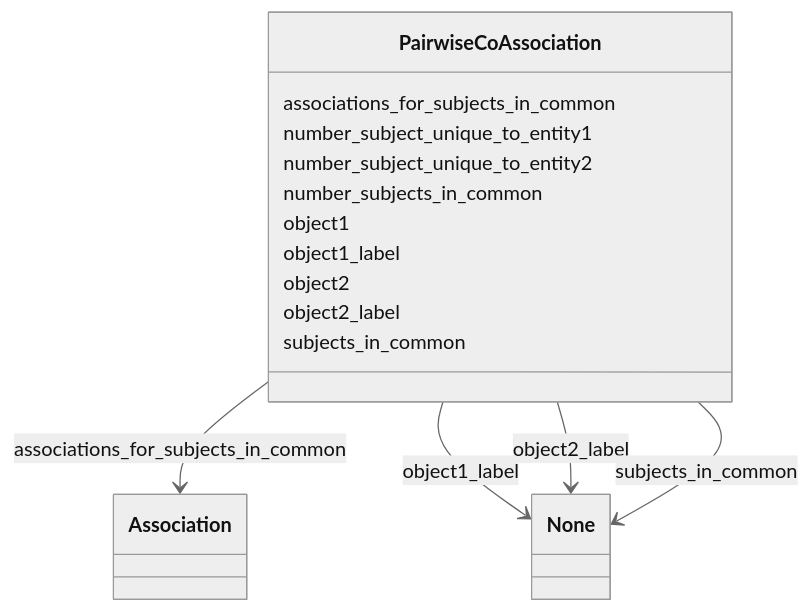
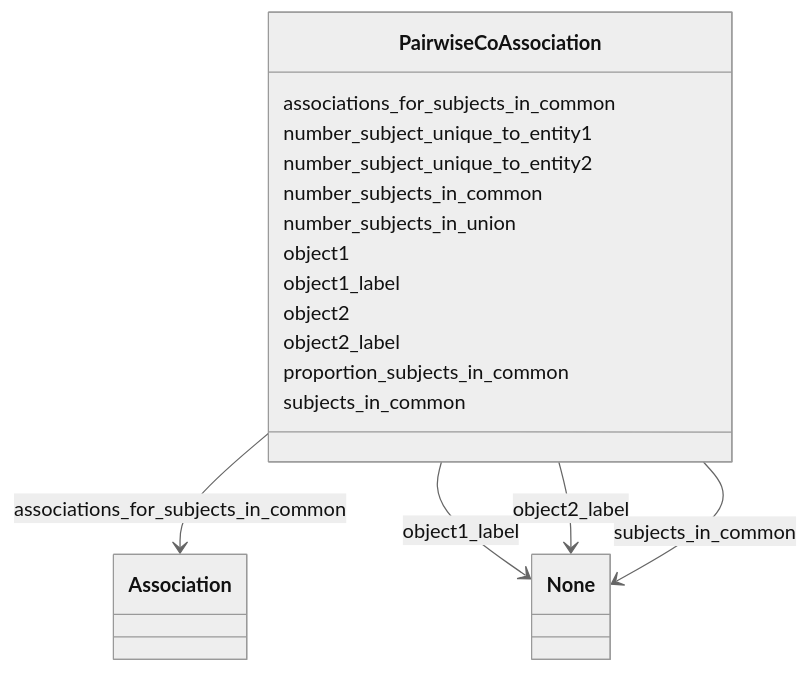
One commit to INCATools/ontology-access-kit changed the diagram in association/PairwiseCoAssociation.md. Above: the diagram before and after it, drawn with Mermaid (neutral theme). The commit also changed other lines of this file and 16 other files, not shown here.

````diff
--- a/association/PairwiseCoAssociation.md
+++ b/association/PairwiseCoAssociation.md
@@ -15,31 +15,35 @@
 ```{mermaid}
  classDiagram
     class PairwiseCoAssociation
       PairwiseCoAssociation : associations_for_subjects_in_common
         
           PairwiseCoAssociation --> Association : associations_for_subjects_in_common
         
       PairwiseCoAssociation : number_subject_unique_to_entity1
         
       PairwiseCoAssociation : number_subject_unique_to_entity2
         
       PairwiseCoAssociation : number_subjects_in_common
         
+      PairwiseCoAssociation : number_subjects_in_union
+        
       PairwiseCoAssociation : object1
         
       PairwiseCoAssociation : object1_label
         
           PairwiseCoAssociation --> None : object1_label
         
       PairwiseCoAssociation : object2
         
       PairwiseCoAssociation : object2_label
         
           PairwiseCoAssociation --> None : object2_label
         
+      PairwiseCoAssociation : proportion_subjects_in_common
+        
       PairwiseCoAssociation : subjects_in_common
         
           PairwiseCoAssociation --> None : subjects_in_common
         
       
 ```
````
